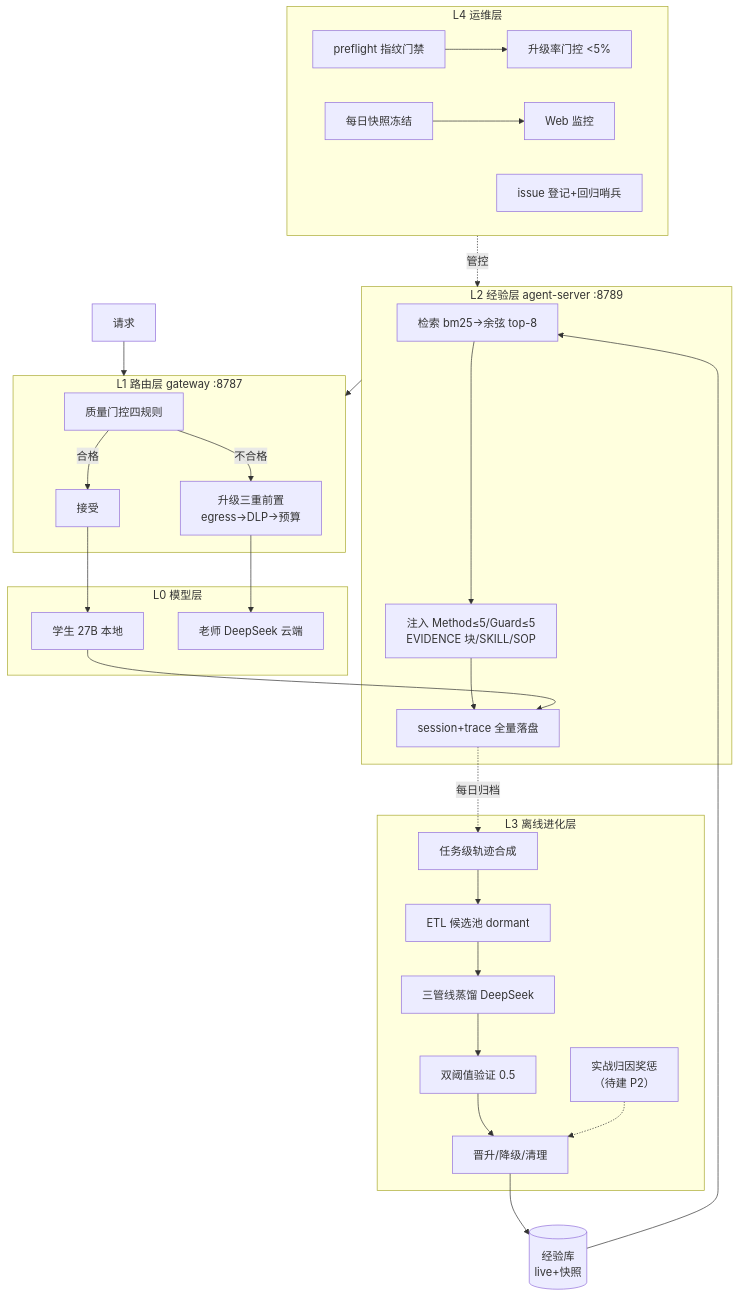
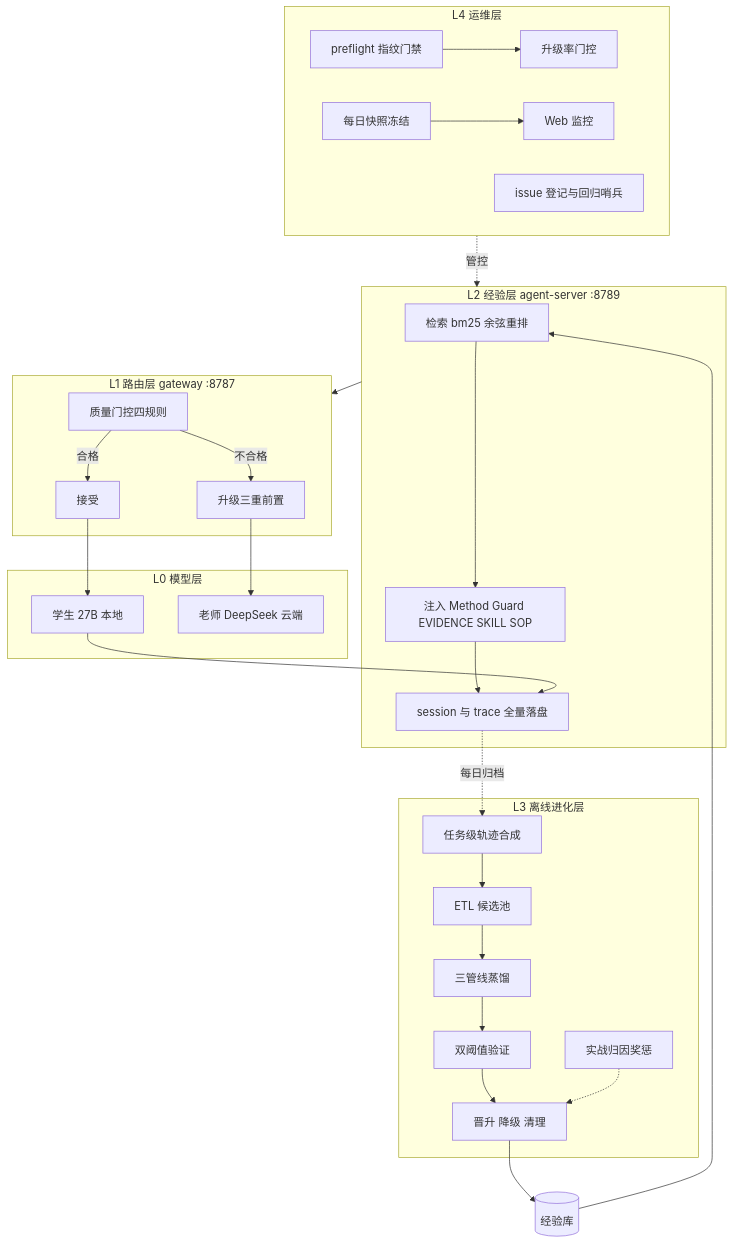
The diagram in doc/design/2026-08-13-agent-server-high-level-design-v2.md (turbin/Turbo-pi), drawn with Mermaid before and after one commit. The commit also changed other lines of this file, not shown here.

````diff
--- a/doc/design/2026-08-13-agent-server-high-level-design-v2.md
+++ b/doc/design/2026-08-13-agent-server-high-level-design-v2.md
@@ -13,35 +13,34 @@
 ```mermaid
 flowchart TB
     subgraph L4["L4 运维层"]
-        PRE["preflight 指纹门禁"] --> GATE["升级率门控 <5%"]
+        PRE["preflight 指纹门禁"] --> GATE["升级率门控"]
         SNAP["每日快照冻结"] --> DASH["Web 监控"]
-        ISSUE["issue 登记+回归哨兵"]
+        ISSUE["issue 登记与回归哨兵"]
     end
     subgraph L3["L3 离线进化层"]
-        SYN["任务级轨迹合成"] --> ETL["ETL 候选池 dormant"]
-        ETL --> DIST["三管线蒸馏 DeepSeek"] --> VER["双阈值验证 0.5"]
-        VER --> PROM["晋升/降级/清理"]
-        ATR["实战归因奖惩<br/>（待建 P2）"] -.-> PROM
+        SYN["任务级轨迹合成"] --> ETL["ETL 候选池"]
+        ETL --> DIST["三管线蒸馏"] --> VER["双阈值验证"]
+        VER --> PROM["晋升 降级 清理"]
+        ATR["实战归因奖惩"] -.-> PROM
     end
     subgraph L2["L2 经验层 agent-server :8789"]
-        RET["检索 bm25→余弦 top-8"] --> INJ["注入 Method≤5/Guard≤5<br/>EVIDENCE 块/SKILL/SOP"]
-        INJ --> SW["session+trace 全量落盘"]
+        RET["检索 bm25 余弦重排"] --> INJ["注入 Method Guard EVIDENCE SKILL SOP"]
+        INJ --> SW["session 与 trace 全量落盘"]
     end
     subgraph L1["L1 路由层 gateway :8787"]
         Q["质量门控四规则"] -->|合格| OK["接受"]
-        Q -->|不合格| ESC["升级三重前置<br/>egress→DLP→预算"]
+        Q -->|不合格| ESC["升级三重前置"]
     end
     subgraph L0["L0 模型层"]
-        STU["学生 27B 本地"] 
+        STU["学生 27B 本地"]
         TEA["老师 DeepSeek 云端"]
     end
     L4 -.管控.-> L2
     L2 --> L1
-    GATEQ[请求] --> L1
     OK --> STU
     ESC --> TEA
     STU --> SW
     SW -.每日归档.-> SYN
-    PROM --> STORE[("经验库<br/>live+快照")]
+    PROM --> STORE[("经验库")]
     STORE --> RET
 ```
````
